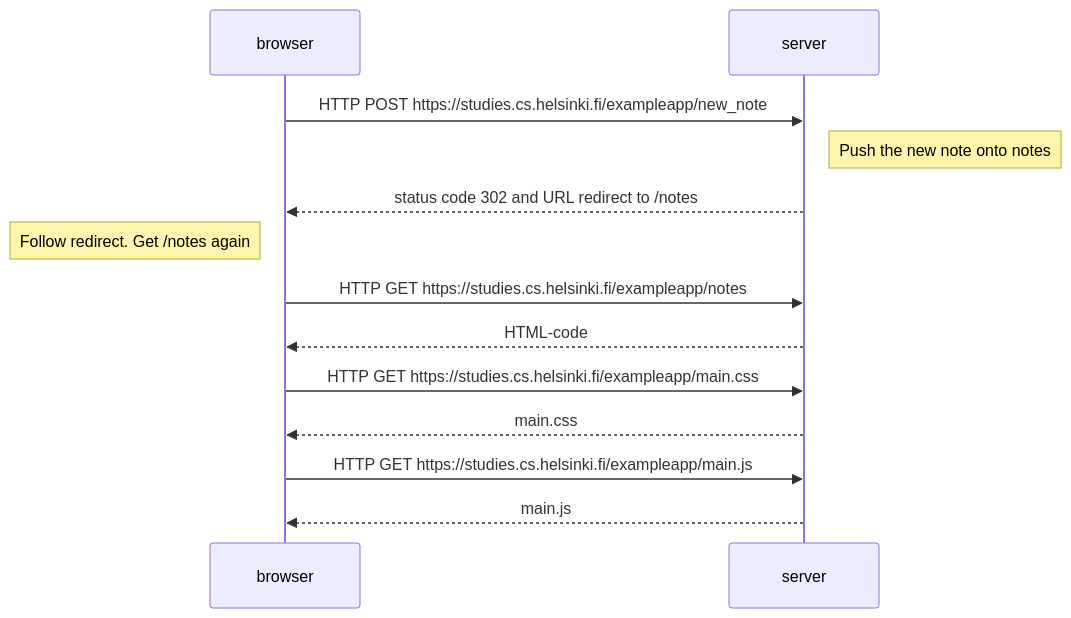
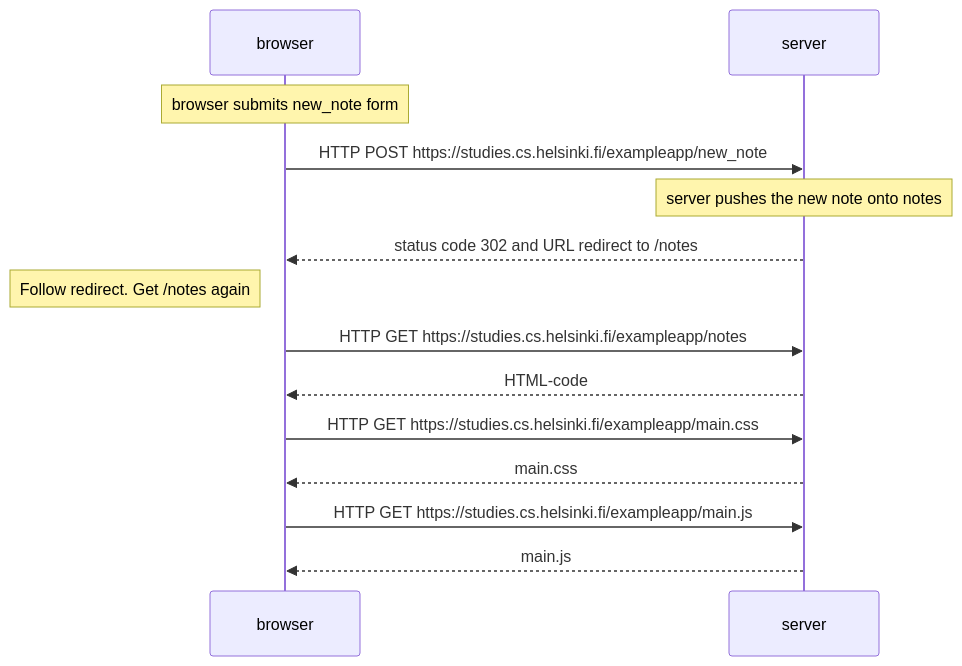
Before and after one commit to lydiadunning/FSO: the diagram in ex0_4.md, drawn with Mermaid.

````diff
--- a/ex0_4.md
+++ b/ex0_4.md
@@ -5,14 +5,15 @@
 ```mermaid
 sequenceDiagram
+Note over browser: browser submits new_note form
 browser->>server: HTTP POST https://studies.cs.helsinki.fi/exampleapp/new_note
-Note right of server: Push the new note onto notes
+Note over server: server pushes the new note onto notes
 server-->>browser: status code 302 and URL redirect to /notes
 Note left of browser: Follow redirect. Get /notes again
 browser->>server: HTTP GET https://studies.cs.helsinki.fi/exampleapp/notes
 server-->>browser: HTML-code
 browser->>server: HTTP GET https://studies.cs.helsinki.fi/exampleapp/main.css
 server-->>browser: main.css
 browser->>server: HTTP GET https://studies.cs.helsinki.fi/exampleapp/main.js
 server-->>browser: main.js
 
 ```
````
